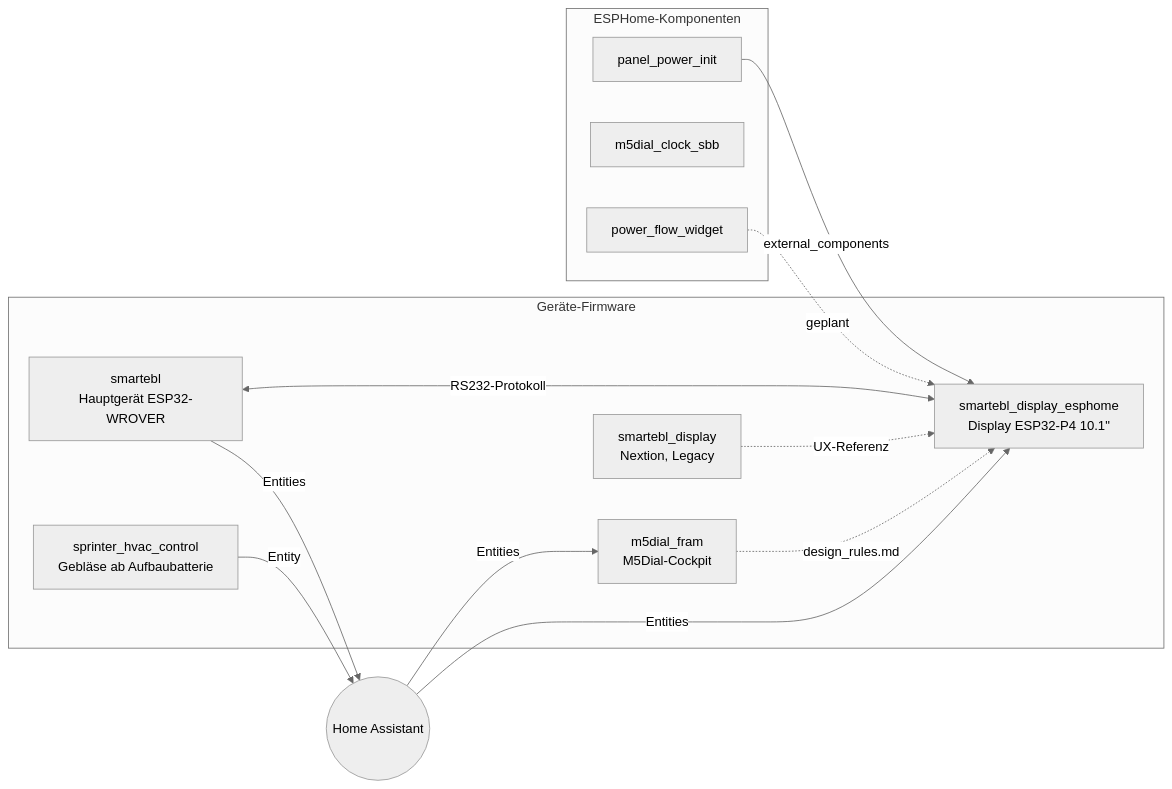
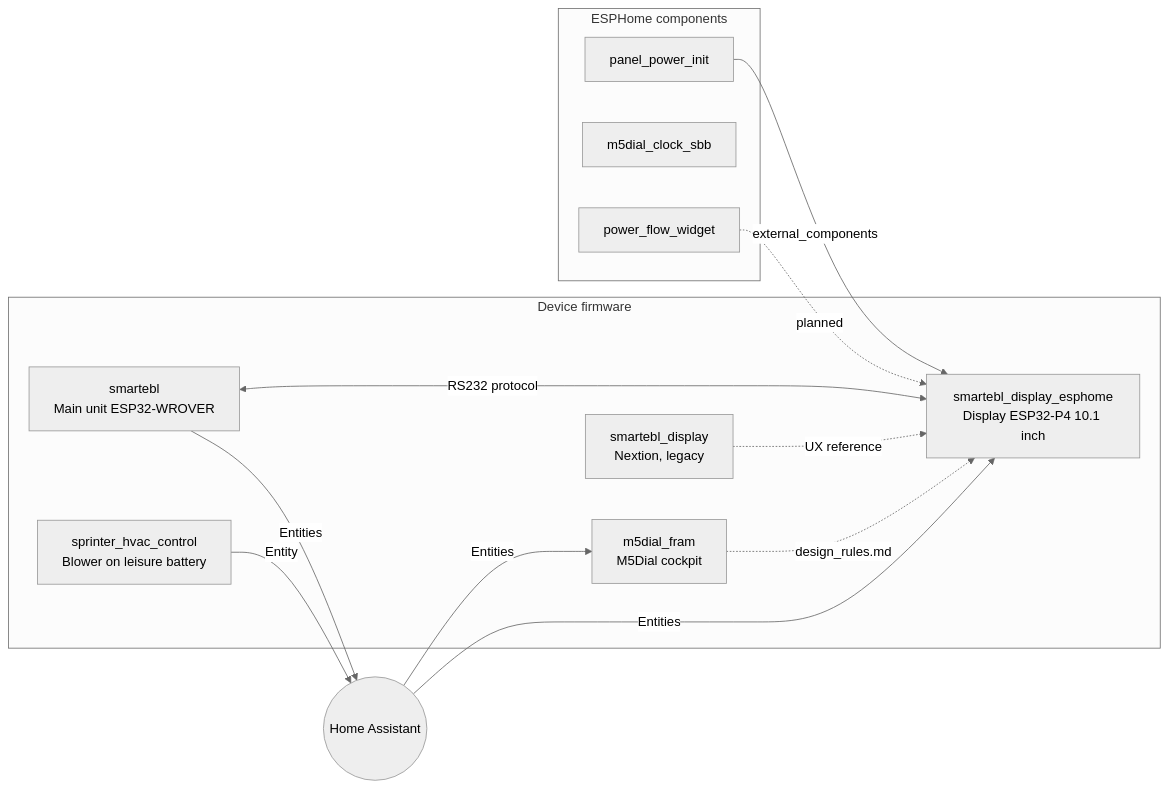
One commit to CzarofAK/CzarofAK changed the diagram in README.md. Above: the diagram before and after it, drawn with Mermaid (neutral theme). The commit also changed other lines of this file, not shown here.

````diff
--- a/README.md
+++ b/README.md
@@ -10,29 +10,29 @@
 ```mermaid
 flowchart LR
-  subgraph GER["Geräte-Firmware"]
-    EBL[smartebl<br/>Hauptgerät ESP32-WROVER]
-    DSP[smartebl_display_esphome<br/>Display ESP32-P4 10.1&quot;]
-    DIAL[m5dial_fram<br/>M5Dial-Cockpit]
-    HVAC[sprinter_hvac_control<br/>Gebläse ab Aufbaubatterie]
-    OLD[smartebl_display<br/>Nextion, Legacy]
+  subgraph DEV["Device firmware"]
+    EBL["smartebl<br/>Main unit ESP32-WROVER"]
+    DSP["smartebl_display_esphome<br/>Display ESP32-P4 10.1 inch"]
+    DIAL["m5dial_fram<br/>M5Dial cockpit"]
+    HVAC["sprinter_hvac_control<br/>Blower on leisure battery"]
+    OLD["smartebl_display<br/>Nextion, legacy"]
   end
 
-  subgraph KOMP["ESPHome-Komponenten"]
-    PPI[panel_power_init]
-    SBB[m5dial_clock_sbb]
-    PFW[power_flow_widget]
+  subgraph COMP["ESPHome components"]
+    PPI["panel_power_init"]
+    SBB["m5dial_clock_sbb"]
+    PFW["power_flow_widget"]
   end
 
-  HA((Home Assistant))
+  HA(("Home Assistant"))
 
-  EBL <-- "RS232-Protokoll" --> DSP
-  PPI -- external_components --> DSP
-  PFW -. "geplant" .-> DSP
-  DIAL -. "design_rules.md" .-> DSP
-  OLD -. "UX-Referenz" .-> DSP
+  EBL <-->|RS232 protocol| DSP
+  PPI -->|external_components| DSP
+  PFW -.->|planned| DSP
+  DIAL -.->|design_rules.md| DSP
+  OLD -.->|UX reference| DSP
 
-  HVAC -- Entity --> HA
-  EBL -- Entities --> HA
-  HA -- Entities --> DIAL
-  HA -- Entities --> DSP
+  HVAC -->|Entity| HA
+  EBL -->|Entities| HA
+  HA -->|Entities| DIAL
+  HA -->|Entities| DSP
 ```
````
